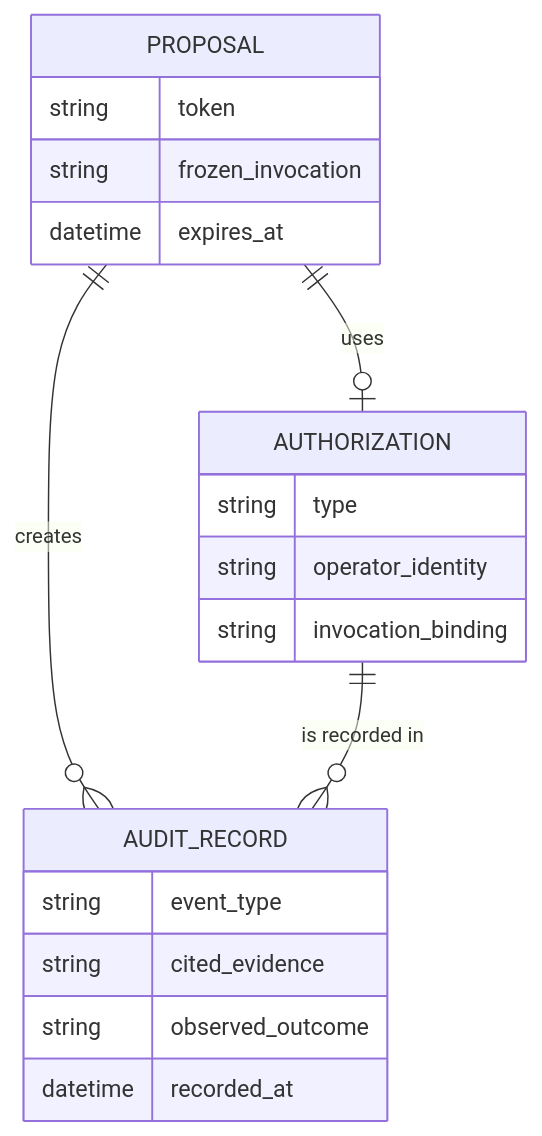
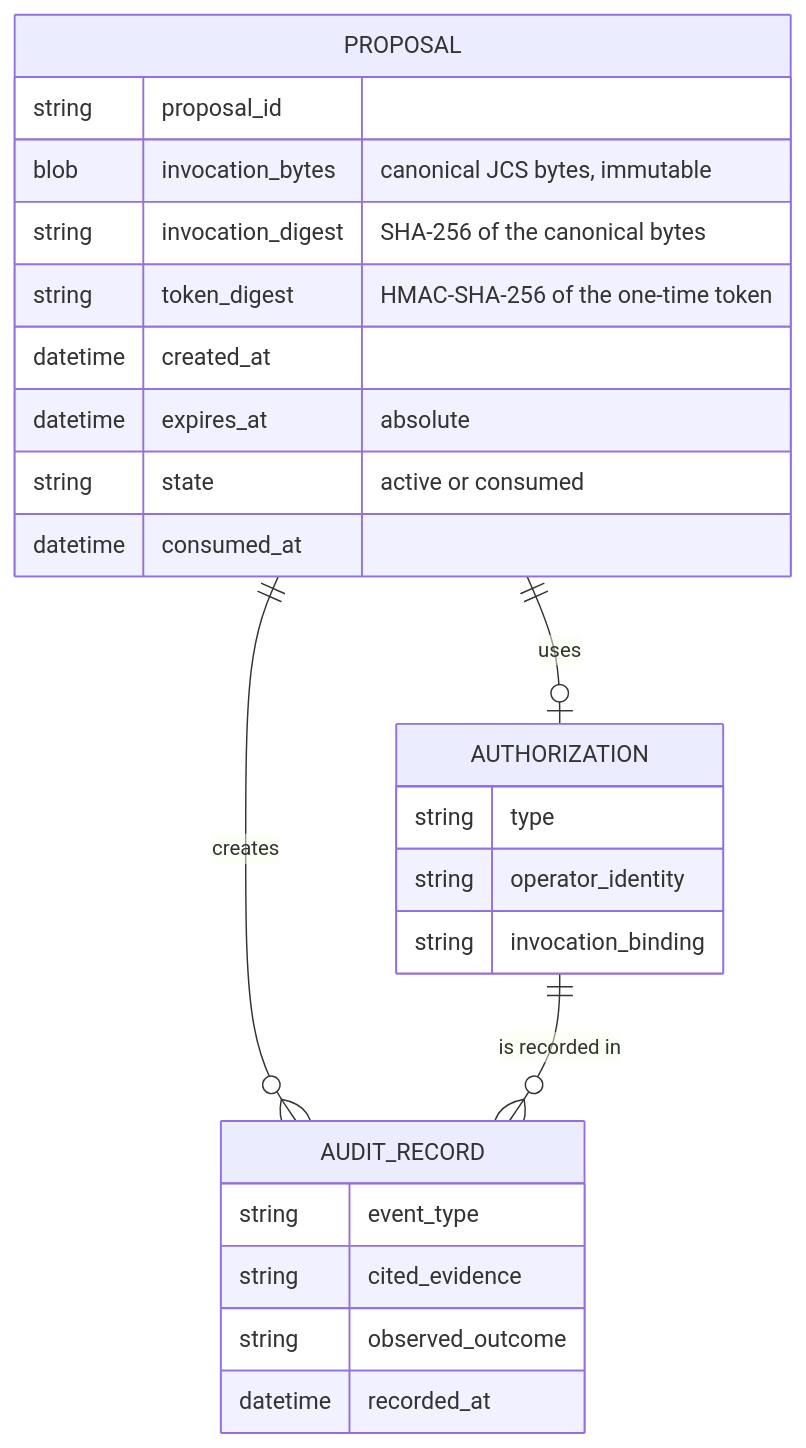
Before and after one commit to alanfong93/ops-guard: the second of 2 diagrams in docs/architecture.md, drawn with Mermaid. The commit also changed other lines of this file and 17 other files, not shown here.

First line of the commit message:
feat: frozen proposal lifecycle with one-time tokens (#10) (#17)

````diff
--- a/docs/architecture.md
+++ b/docs/architecture.md
@@ -28,22 +28,27 @@
 ```mermaid
 erDiagram
     PROPOSAL ||--o| AUTHORIZATION : "uses"
     PROPOSAL ||--o{ AUDIT_RECORD : "creates"
     AUTHORIZATION ||--o{ AUDIT_RECORD : "is recorded in"
     PROPOSAL {
-        string token
-        string frozen_invocation
-        datetime expires_at
+        string proposal_id
+        blob invocation_bytes "canonical JCS bytes, immutable"
+        string invocation_digest "SHA-256 of the canonical bytes"
+        string token_digest "HMAC-SHA-256 of the one-time token"
+        datetime created_at
+        datetime expires_at "absolute"
+        string state "active or consumed"
+        datetime consumed_at
     }
     AUTHORIZATION {
         string type
         string operator_identity
         string invocation_binding
     }
     AUDIT_RECORD {
         string event_type
         string cited_evidence
         string observed_outcome
         datetime recorded_at
     }
 ```
````
